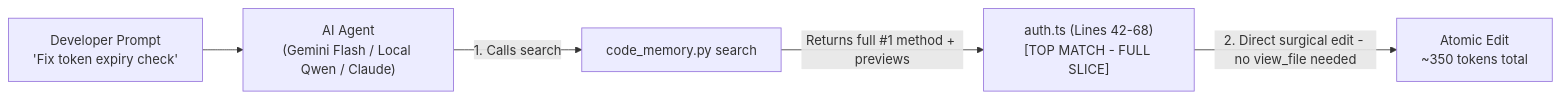
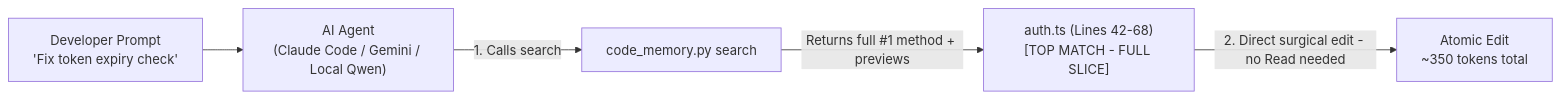
One commit to Babych/code-memory-skill changed the diagram in README.md. Above: the diagram before and after it, drawn with Mermaid. The commit also changed other lines of this file and 2 other files, not shown here.

Commit message:
docs & feat: preserve untruncated line content for Zero-Hop edit and update comparison guide

````diff
--- a/README.md
+++ b/README.md
@@ -62,7 +82,7 @@
 ```mermaid
 flowchart LR
-    User["Developer Prompt<br/>'Fix token expiry check'"] --> Agent["AI Agent<br/>(Gemini Flash / Local Qwen / Claude)"]
+    User["Developer Prompt<br/>'Fix token expiry check'"] --> Agent["AI Agent<br/>(Claude Code / Gemini / Local Qwen)"]
     Agent -->|"1. Calls search"| CM["code_memory.py search"]
     CM -->|"Returns full #1 method + previews"| Slice["auth.ts (Lines 42-68)<br/>[TOP MATCH - FULL SLICE]"]
-    Slice -->|"2. Direct surgical edit - no view_file needed"| Fix["Atomic Edit<br/>~350 tokens total"]
+    Slice -->|"2. Direct surgical edit - no Read needed"| Fix["Atomic Edit<br/>~350 tokens total"]
 ```
````
